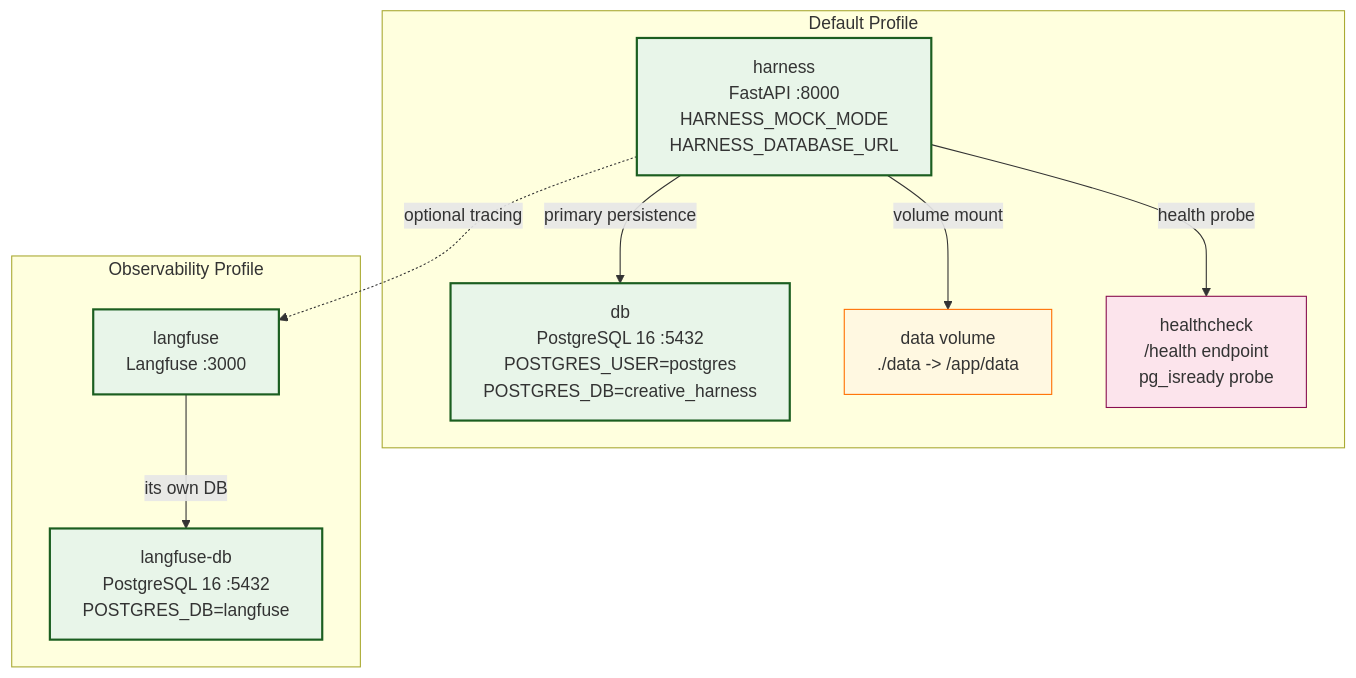
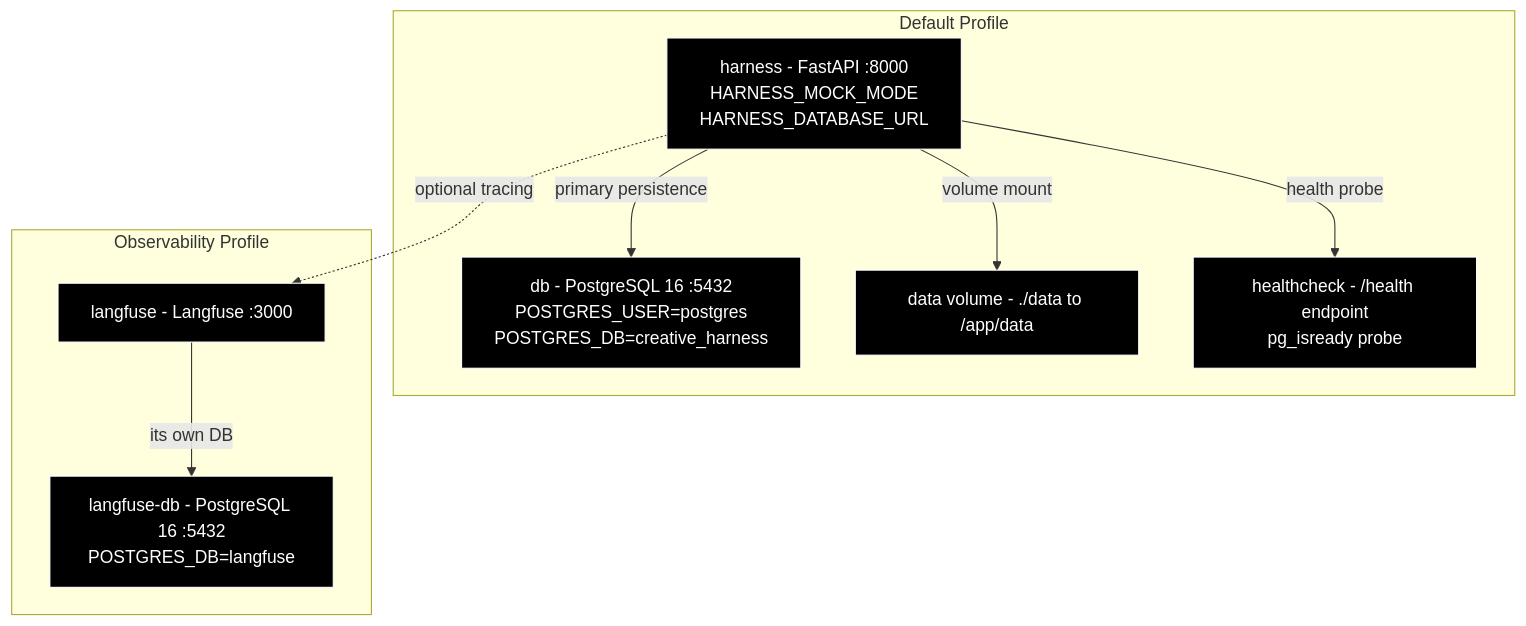
Diagram 12 of 16 in docs/TECHNICAL_DIAGRAMS.md (Hasan26ozcan/Script-Supervisor), drawn with Mermaid before and after one commit. The commit also changed other lines of this file and 1 other file, not shown here.

Commit message:
update technical diagram

````diff
--- a/docs/TECHNICAL_DIAGRAMS.md
+++ b/docs/TECHNICAL_DIAGRAMS.md
@@ -691,27 +657,22 @@
 ```mermaid
 graph TD
     subgraph "Default Profile"
-        HARNESS["harness<br/>FastAPI :8000<br/>HARNESS_MOCK_MODE<br/>HARNESS_DATABASE_URL"]
-        POSTGRES["db<br/>PostgreSQL 16 :5432<br/>POSTGRES_USER=postgres<br/>POSTGRES_DB=creative_harness"]
-        VOLUME["data volume<br/>./data -> /app/data"]
-        HEALTH["healthcheck<br/>/health endpoint<br/>pg_isready probe"]
+        HARNESS["harness - FastAPI :8000<br/>HARNESS_MOCK_MODE<br/>HARNESS_DATABASE_URL"]
+        POSTGRES["db - PostgreSQL 16 :5432<br/>POSTGRES_USER=postgres<br/>POSTGRES_DB=creative_harness"]
+        VOLUME["data volume - ./data to /app/data"]
+        HEALTH["healthcheck - /health endpoint<br/>pg_isready probe"]
     end
 
     subgraph "Observability Profile"
-        LANGFUSE["langfuse<br/>Langfuse :3000"]
-        LANGFUSE_DB["langfuse-db<br/>PostgreSQL 16 :5432<br/>POSTGRES_DB=langfuse"]
+        LANGFUSE["langfuse - Langfuse :3000"]
+        LANGFUSE_DB["langfuse-db - PostgreSQL 16 :5432<br/>POSTGRES_DB=langfuse"]
     end
 
     HARNESS -->|"primary persistence"| POSTGRES
     HARNESS -->|"volume mount"| VOLUME
     HARNESS -->|"health probe"| HEALTH
     HARNESS -.->|"optional tracing"| LANGFUSE
     LANGFUSE -->|"its own DB"| LANGFUSE_DB
 
-    classDef service fill:#e8f5e9,stroke:#1b5e20,stroke-width:2px;
-    classDef storage fill:#fff8e1,stroke:#ff6f00,stroke-width:1px;
-    classDef probe fill:#fce4ec,stroke:#880e4f,stroke-width:1px;
-    class HARNESS,POSTGRES,LANGFUSE,LANGFUSE_DB service;
-    class VOLUME storage;
-    class HEALTH probe;
+    classDef default fill:#000000,stroke:#ffffff,stroke-width:1px,color:#ffffff
 ```
````
